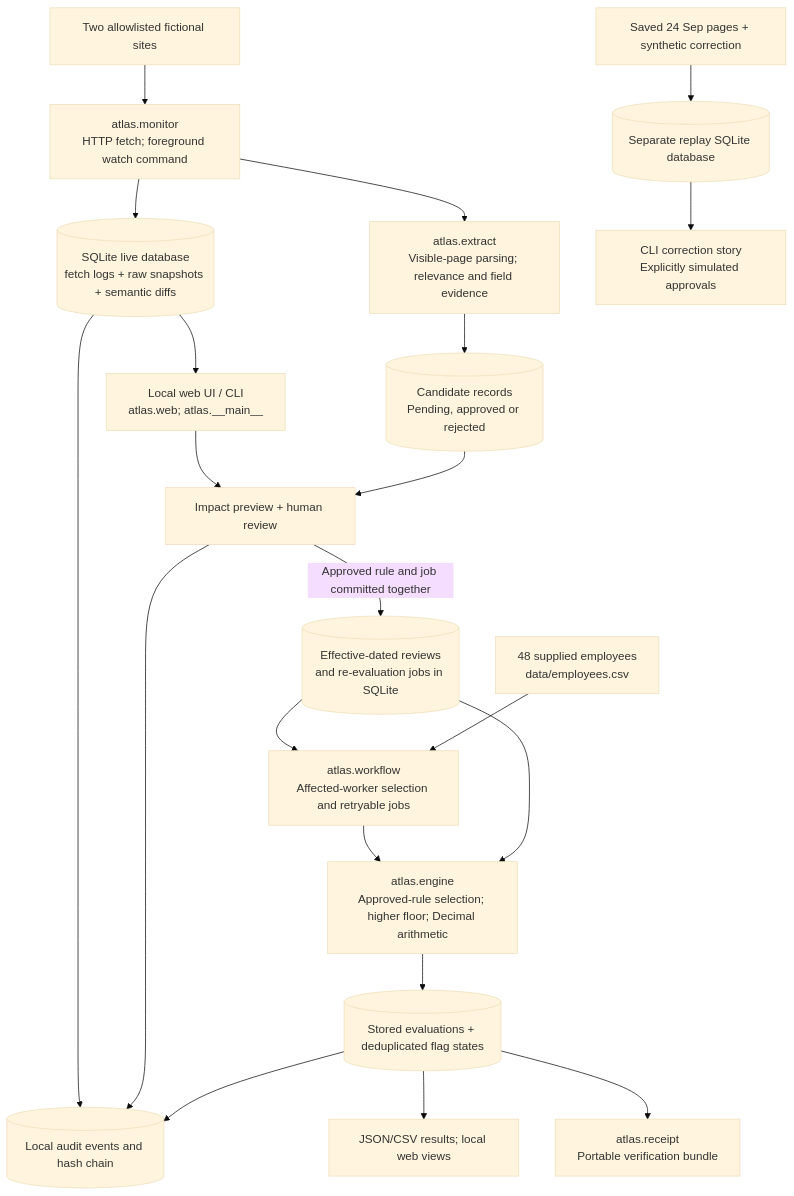
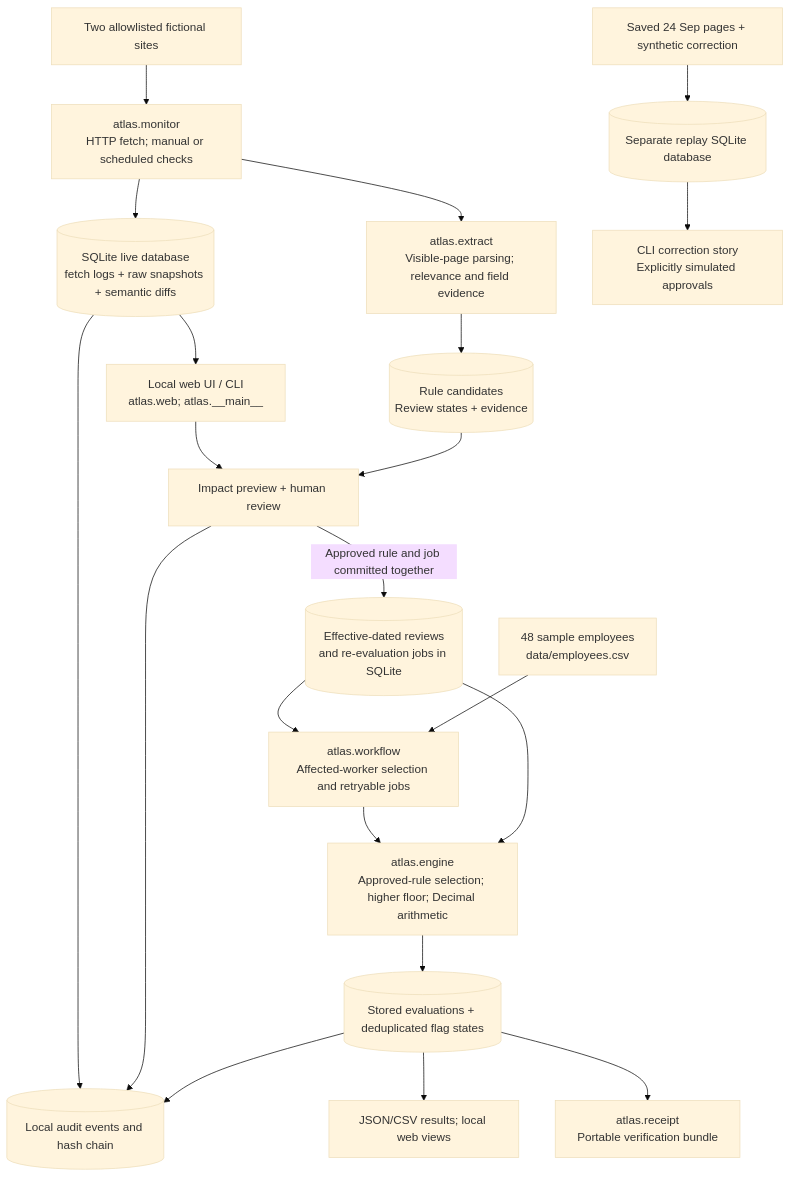
Before and after one commit to mgunjan67/atlas-compliance: the diagram in docs/architecture.md, drawn with Mermaid (base theme). The commit also changed other lines of this file and 9 other files, not shown here.

````diff
--- a/docs/architecture.md
+++ b/docs/architecture.md
@@ -34,23 +7,23 @@
 ```mermaid
 flowchart TB
-  F["Two allowlisted fictional sites"] --> W["atlas.monitor<br/>HTTP fetch; foreground watch command"]
+  F["Two allowlisted fictional sites"] --> W["atlas.monitor<br/>HTTP fetch; manual or scheduled checks"]
   W --> DB1[("SQLite live database<br/>fetch logs + raw snapshots + semantic diffs")]
   W --> X["atlas.extract<br/>Visible-page parsing; relevance and field evidence"]
-  X --> C[("Candidate records<br/>Pending, approved or rejected")]
+  X --> C[("Rule candidates<br/>Review states + evidence")]
   UI["Local web UI / CLI<br/>atlas.web; atlas.__main__"] --> H["Impact preview + human review"]
   C --> H
   H -->|"Approved rule and job committed together"| V[("Effective-dated reviews<br/>and re-evaluation jobs in SQLite")]
   V --> J["atlas.workflow<br/>Affected-worker selection and retryable jobs"]
-  CSV["48 supplied employees<br/>data/employees.csv"] --> J
+  CSV["48 sample employees<br/>data/employees.csv"] --> J
   J --> D["atlas.engine<br/>Approved-rule selection; higher floor; Decimal arithmetic"]
   V --> D
   D --> O[("Stored evaluations + deduplicated flag states")]
   O --> OUT["JSON/CSV results; local web views"]
   O --> REC["atlas.receipt<br/>Portable verification bundle"]
   DB1 --> LED[("Local audit events and hash chain")]
   H --> LED
   O --> LED
   REP["Saved 24 Sep pages + synthetic correction"] --> DEMO[("Separate replay SQLite database")]
   DEMO --> CLI["CLI correction story<br/>Explicitly simulated approvals"]
   DB1 --> UI
 ```
````
